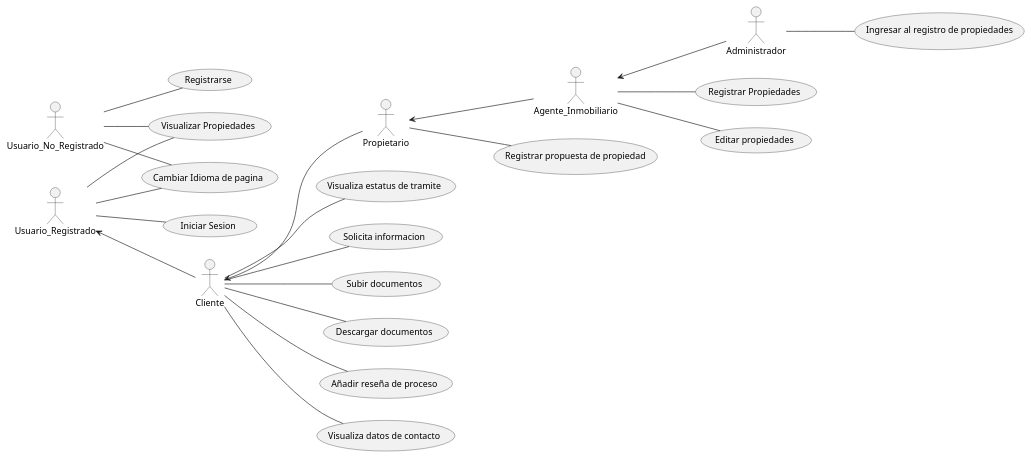
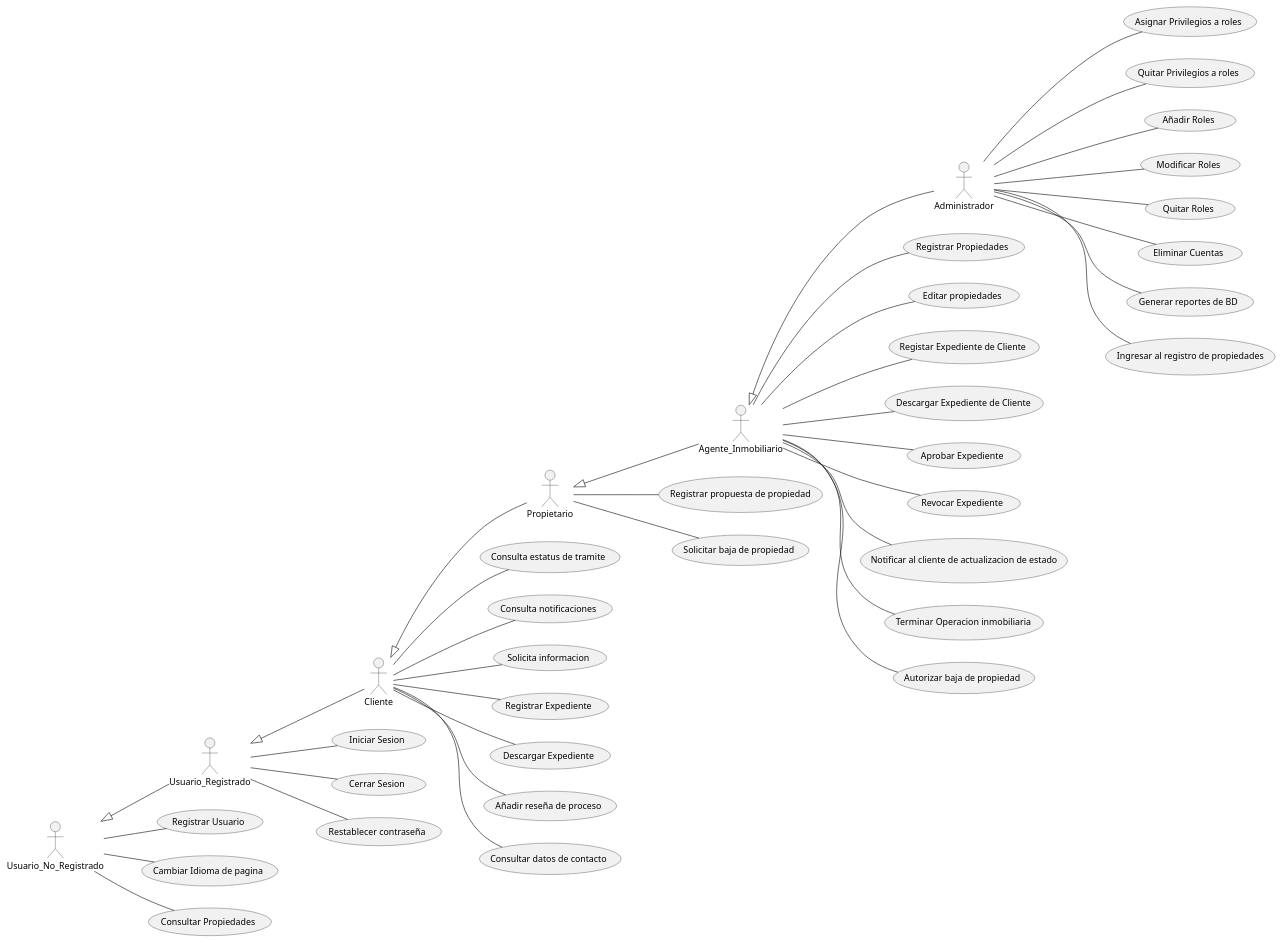
One commit to mem0rias/KiaraDev changed the diagram in UML Kiara/KIARA_Init.wsd. Above: the diagram before and after it, drawn with PlantUML. The commit also changed 4 other files, not shown here.

Commit message:
UML completo y corregido

```diff
--- a/UML Kiara/KIARA_Init.wsd
+++ b/UML Kiara/KIARA_Init.wsd
@@ -1,51 +1,95 @@
 @startuml KIARA
+
+'Direccion de las acciones/Actores
 left to right direction
+'Actores del sistema
 :Usuario_No_Registrado:
 :Usuario_Registrado:
 :Cliente:
 :Propietario:
 :Agente_Inmobiliario:
 :Administrador:
-(Registrarse) as (reg)
+'Cosas de Usuario no registrado
+(Registrar Usuario) as (reg)
+(Cambiar Idioma de pagina) as (traduccion)
+(Consultar Propiedades) as (consultprop)
+'Cosas de usuario
 (Iniciar Sesion) as (init)
-(Cambiar Idioma de pagina) as (traduccion)
-(Visualizar Propiedades) as (consultprop)
-(Visualiza estatus de tramite) as (consultProc)
+(Cerrar Sesion) as (Logout)
+(Restablecer contraseña) as (fPassword)
+'Cosas de cliente
+(Consulta estatus de tramite) as (consultProc)
+(Consulta notificaciones) as (CNotifs)
 (Solicita informacion) as (solicinfo)
-(Subir documentos) as (upload_docs)
-(Descargar documentos) as (download_docs)
+(Registrar Expediente) as (upload_docs)
+(Descargar Expediente) as (download_docs)
+(Añadir reseña de proceso) as (review)
+(Consultar datos de contacto) as (contact)
+'Cosas de Propietario
+(Registrar propuesta de propiedad) as (RegisPropuesta)
+(Solicitar baja de propiedad) as (BajaProp)
+'Cosas de Agente Inmobiliario
 (Registrar Propiedades) as (RegisProp)
-(Registrar propuesta de propiedad) as (RegisPropuesta)
 (Editar propiedades) as (Editar_propiedades)
+(Registar Expediente de Cliente) as (RegexpC)
+(Descargar Expediente de Cliente) as (DescexpC)
+(Aprobar Expediente) as (AproveExp)
+(Revocar Expediente) as (RevocExp)
+(Notificar al cliente de actualizacion de estado) as (Notificar) 
+(Terminar Operacion inmobiliaria) as (tOperacion)
+(Autorizar baja de propiedad) as (bPropiedad)
+'Cosas de Administrador
+(Asignar Privilegios a roles) as (SetPrivs)
+(Quitar Privilegios a roles)  as (RmPrivs)
+(Añadir Roles) as (addRoles)
+(Modificar Roles) as (ModRoles)
+(Quitar Roles) as (rmRoles)
+(Eliminar Cuentas) as (rmAccount)
+(Generar reportes de BD) as (BDReport)
 (Ingresar al registro de propiedades) as (RegRev)
-(Añadir reseña de proceso) as (review)
-(Visualiza datos de contacto) as (contact)
 
+'Herencias
+Usuario_No_Registrado <|-- Usuario_Registrado
+Usuario_Registrado <|-- Cliente
+Cliente <|-- Propietario
+Propietario <|-- Agente_Inmobiliario
+Agente_Inmobiliario <|-- Administrador
+'Acciones de usuario no registrado
 Usuario_No_Registrado -- reg
 Usuario_No_Registrado -- consultprop
 Usuario_No_Registrado -- traduccion
-
-
+'Acciones de Usuario Registrado
 Usuario_Registrado -- init
-Usuario_Registrado <-- Cliente
-Cliente <-- Propietario
-Propietario <-- Agente_Inmobiliario
-Agente_Inmobiliario <-- Administrador
-
-Usuario_Registrado -- consultprop
-Usuario_Registrado -- traduccion
-Cliente  -- consultProc
+Usuario_Registrado -- Logout
+Usuario_Registrado -- fPassword
+'Acciones de Cliente
+Cliente -- consultProc
 Cliente -- solicinfo
 Cliente -- upload_docs
 Cliente -- download_docs
 Cliente -- review
 Cliente -- contact
-
+Cliente -- CNotifs
+'Acciones de Propietario
 Propietario -- RegisPropuesta
-
-
+Propietario -- BajaProp
+'Acciones de Agente Inmobiliario
 Agente_Inmobiliario -- RegisProp
 Agente_Inmobiliario -- Editar_propiedades
-
+Agente_Inmobiliario -- DescexpC
+Agente_Inmobiliario -- RegexpC
+Agente_Inmobiliario -- AproveExp
+Agente_Inmobiliario -- RevocExp
+Agente_Inmobiliario -- Notificar
+Agente_Inmobiliario -- tOperacion
+Agente_Inmobiliario -- bPropiedad
+'Acciones de administrador
 Administrador -- RegRev
+Administrador -- SetPrivs
+Administrador -- RmPrivs
+Administrador -- addRoles
+Administrador -- rmRoles
+Administrador -- rmAccount
+Administrador -- BDReport
+Administrador -- ModRoles
 @enduml
```
